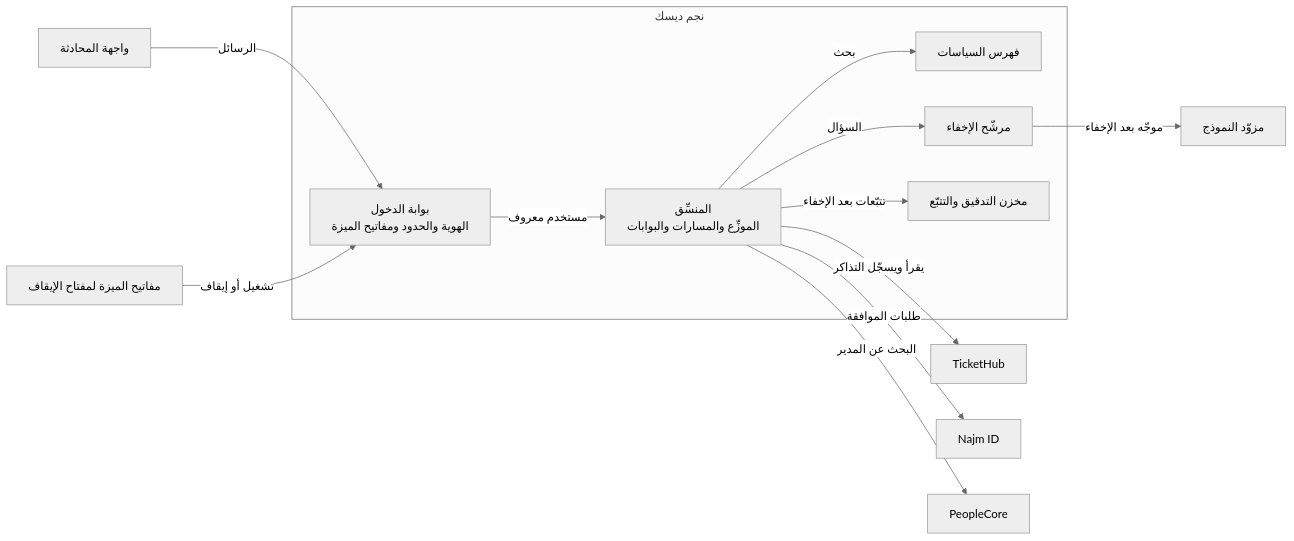
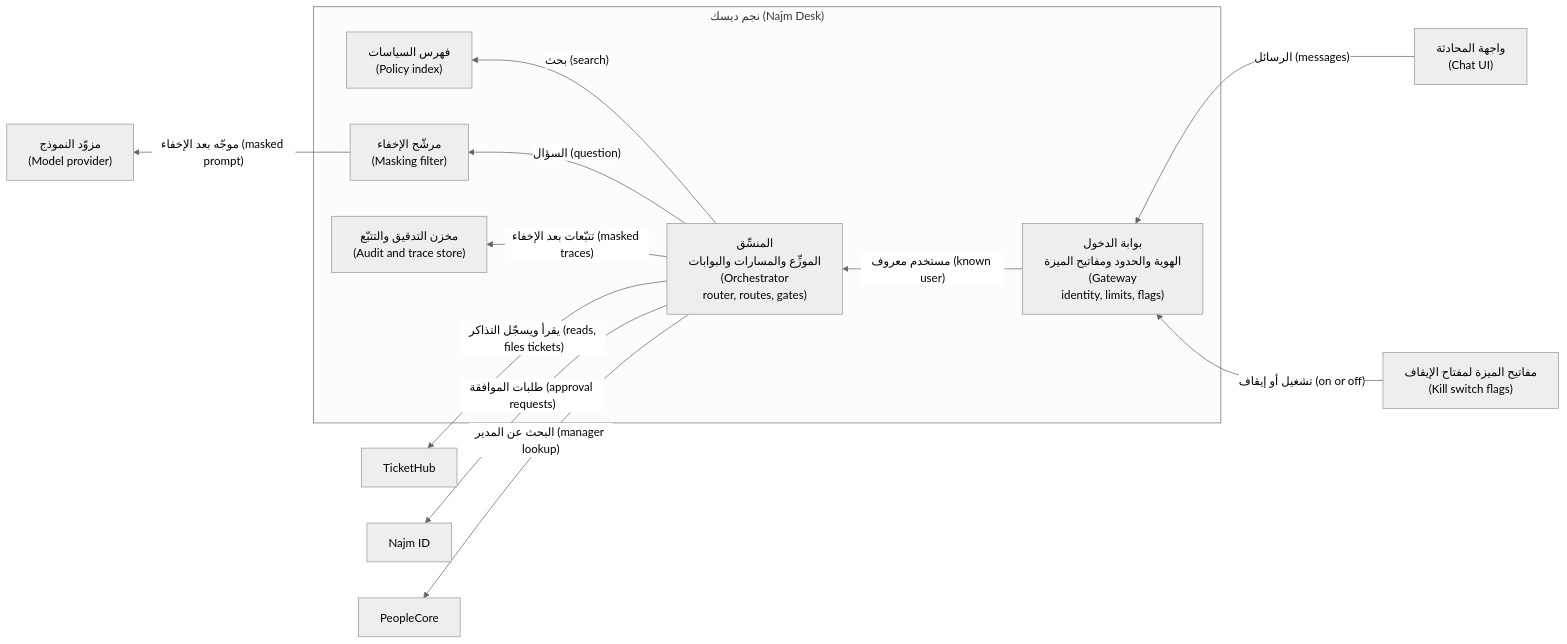
Before and after one commit to Tamoura/system-design-for-vibe-coders: the second of 2 diagrams in aiapps/modules/07-design.ar.md, drawn with Mermaid (neutral theme). The commit also changed other lines of this file and 17 other files, not shown here.

First line of the commit message:
AI applications & agents: Arabic edition complete (RTL diagrams, diagram glosses, translated 60-question exam)

````diff
--- a/aiapps/modules/07-design.ar.md
+++ b/aiapps/modules/07-design.ar.md
@@ -104,20 +104,20 @@
 ```mermaid
-flowchart LR
-    ui["واجهة المحادثة"] -->|"الرسائل"| gw
-    subgraph desk["نجم ديسك"]
-        gw["بوابة الدخول<br/>الهوية والحدود ومفاتيح الميزة"]
-        orch["المنسِّق<br/>الموزِّع والمسارات والبوابات"]
-        idx["فهرس السياسات"]
-        mask["مرشّح الإخفاء"]
-        aud["مخزن التدقيق والتتبّع"]
+flowchart RL
+    ui["واجهة المحادثة<br/>(Chat UI)"] -->|"الرسائل (messages)"| gw
+    subgraph desk["نجم ديسك (Najm Desk)"]
+        gw["بوابة الدخول<br/>الهوية والحدود ومفاتيح الميزة<br/>(Gateway<br/>identity, limits, flags)"]
+        orch["المنسِّق<br/>الموزِّع والمسارات والبوابات<br/>(Orchestrator<br/>router, routes, gates)"]
+        idx["فهرس السياسات<br/>(Policy index)"]
+        mask["مرشّح الإخفاء<br/>(Masking filter)"]
+        aud["مخزن التدقيق والتتبّع<br/>(Audit and trace store)"]
     end
-    ks["مفاتيح الميزة لمفتاح الإيقاف"] -->|"تشغيل أو إيقاف"| gw
-    gw -->|"مستخدم معروف"| orch
-    orch -->|"بحث"| idx
-    orch -->|"السؤال"| mask
-    mask -->|"موجّه بعد الإخفاء"| llm["مزوّد النموذج"]
-    orch -->|"يقرأ ويسجّل التذاكر"| th["TicketHub"]
-    orch -->|"طلبات الموافقة"| nid["Najm ID"]
-    orch -->|"البحث عن المدير"| pc["PeopleCore"]
-    orch -->|"تتبّعات بعد الإخفاء"| aud
+    ks["مفاتيح الميزة لمفتاح الإيقاف<br/>(Kill switch flags)"] -->|"تشغيل أو إيقاف (on or off)"| gw
+    gw -->|"مستخدم معروف (known user)"| orch
+    orch -->|"بحث (search)"| idx
+    orch -->|"السؤال (question)"| mask
+    mask -->|"موجّه بعد الإخفاء (masked prompt)"| llm["مزوّد النموذج<br/>(Model provider)"]
+    orch -->|"يقرأ ويسجّل التذاكر (reads, files tickets)"| th["TicketHub"]
+    orch -->|"طلبات الموافقة (approval requests)"| nid["Najm ID"]
+    orch -->|"البحث عن المدير (manager lookup)"| pc["PeopleCore"]
+    orch -->|"تتبّعات بعد الإخفاء (masked traces)"| aud
 ```
````
